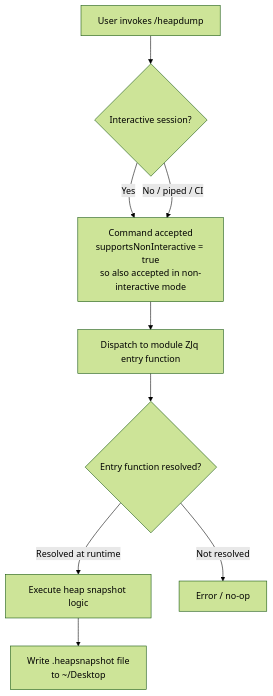
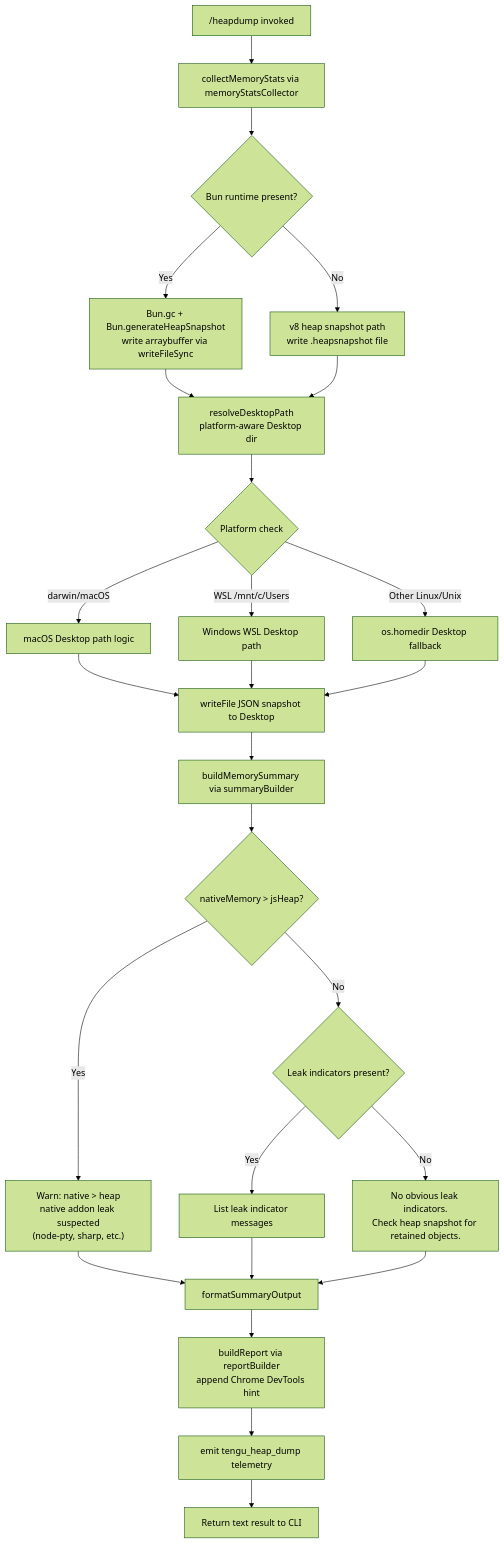
The diagram in versions/v2.1.142/heapdump.md (MyLittleLuckyDog/cc-gnothi), drawn with Mermaid (forest theme) before and after one commit. The commit also changed other lines of this file and 483 other files, not shown here.

````diff
--- a/versions/v2.1.142/heapdump.md
+++ b/versions/v2.1.142/heapdump.md
@@ -52,11 +56,28 @@
 ```mermaid
 flowchart TD
-    A[User invokes /heapdump] --> B{Interactive session?}
-    B -- Yes --> C[Command accepted\nsupportsNonInteractive = true\nso also accepted in non-interactive mode]
-    B -- No / piped / CI --> C
-    C --> D[Dispatch to module ZJq entry function]
-    D --> E{Entry function resolved?}
-    E -- Resolved at runtime --> F[Execute heap snapshot logic]
-    E -- Not resolved --> G[Error / no-op]
-    F --> H[Write .heapsnapshot file\nto ~/Desktop]
+    A["/heapdump invoked"] --> B[collectMemoryStats via memoryStatsCollector]
+    B --> C{Bun runtime present?}
+    C -- Yes --> D[Bun.gc + Bun.generateHeapSnapshot\nwrite arraybuffer via writeFileSync]
+    C -- No --> E[v8 heap snapshot path\nwrite .heapsnapshot file]
+    D --> F[resolveDesktopPath\nplatform-aware Desktop dir]
+    E --> F
+    F --> G{Platform check}
+    G -- darwin/macOS --> H[macOS Desktop path logic]
+    G -- WSL /mnt/c/Users --> I[Windows WSL Desktop path]
+    G -- Other Linux/Unix --> J[os.homedir Desktop fallback]
+    H --> K[writeFile JSON snapshot to Desktop]
+    I --> K
+    J --> K
+    K --> L[buildMemorySummary via summaryBuilder]
+    L --> M{nativeMemory > jsHeap?}
+    M -- Yes --> N["Warn: native > heap\nnative addon leak suspected\n(node-pty, sharp, etc.)"]
+    M -- No --> O{Leak indicators present?}
+    O -- Yes --> P[List leak indicator messages]
+    O -- No --> Q["No obvious leak indicators.\nCheck heap snapshot for retained objects."]
+    N --> R[formatSummaryOutput]
+    P --> R
+    Q --> R
+    R --> S[buildReport via reportBuilder\nappend Chrome DevTools hint]
+    S --> T[emit tengu_heap_dump telemetry]
+    T --> U[Return text result to CLI]
 ```
````
